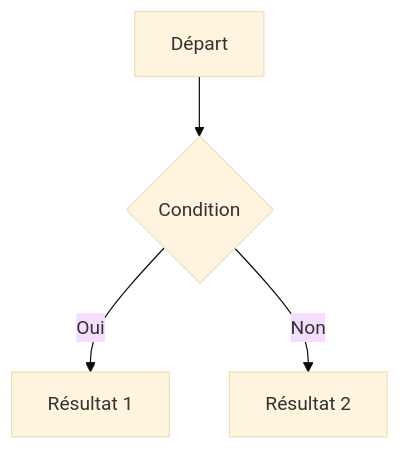
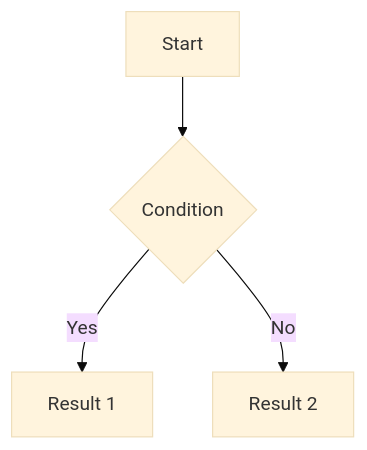
One commit to 3C0D/obsidian-smart-print changed the diagram in examples/sample.md. Above: the diagram before and after it, drawn with Mermaid (base theme). The commit also changed other lines of this file and 4 other files, not shown here.

````diff
--- a/examples/sample.md
+++ b/examples/sample.md
@@ -26,6 +42,6 @@
 ```mermaid
 graph TD
-    A[Départ] --> B{Condition}
-    B -->|Oui| C[Résultat 1]
-    B -->|Non| D[Résultat 2]
+    A[Start] --> B{Condition}
+    B -->|Yes| C[Result 1]
+    B -->|No| D[Result 2]
 ```
````
